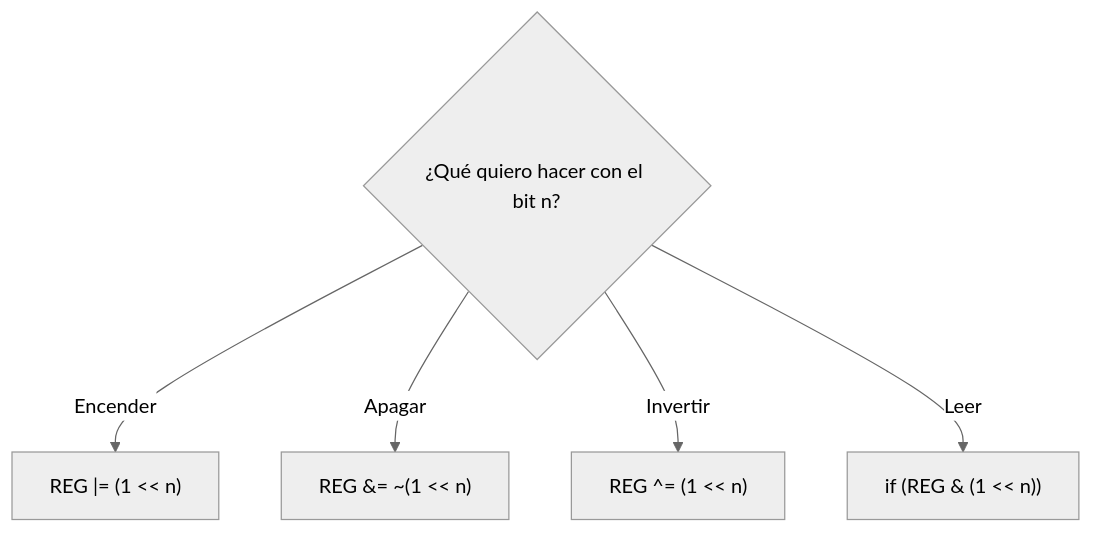
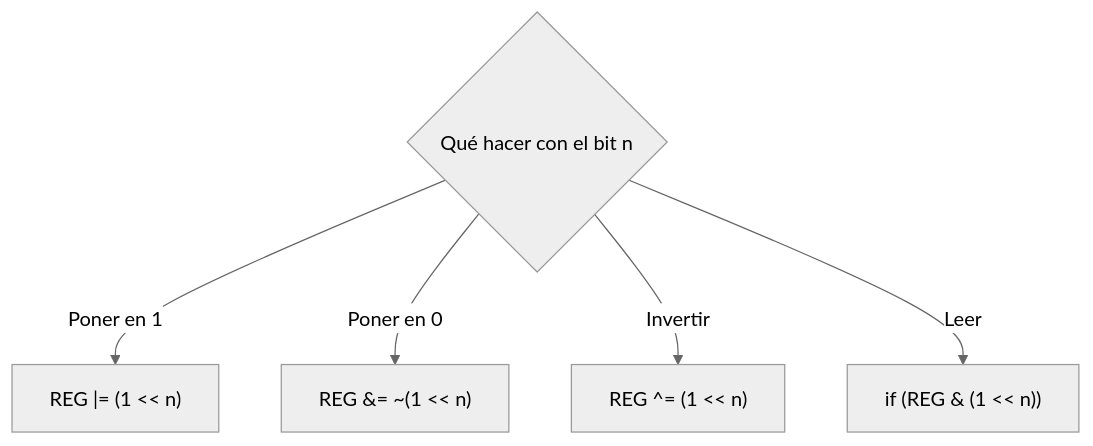
The third of 7 diagrams in unidad-1/apuntes/02-bits-y-es-mapeada-en-memoria.md (AlejandroTatum/sistemas-digitales-unl), drawn with Mermaid (neutral theme) before and after one commit. The commit also changed other lines of this file and 16 other files, not shown here.

````diff
--- a/unidad-1/apuntes/02-bits-y-es-mapeada-en-memoria.md
+++ b/unidad-1/apuntes/02-bits-y-es-mapeada-en-memoria.md
@@ -95,8 +89,8 @@
 ```mermaid
 flowchart TD
-    Q{"¿Qué quiero hacer con el bit n?"}
-    Q -->|"Encender"| S["REG |= (1 #lt;#lt; n)"]
-    Q -->|"Apagar"| C["REG #amp;= ~(1 #lt;#lt; n)"]
+    Q{"Qué hacer con el bit n"}
+    Q -->|"Poner en 1"| S["REG |= (1 #lt;#lt; n)"]
+    Q -->|"Poner en 0"| C["REG #amp;= ~(1 #lt;#lt; n)"]
     Q -->|"Invertir"| T["REG ^= (1 #lt;#lt; n)"]
     Q -->|"Leer"| R["if (REG #amp; (1 #lt;#lt; n))"]
 ```
````
